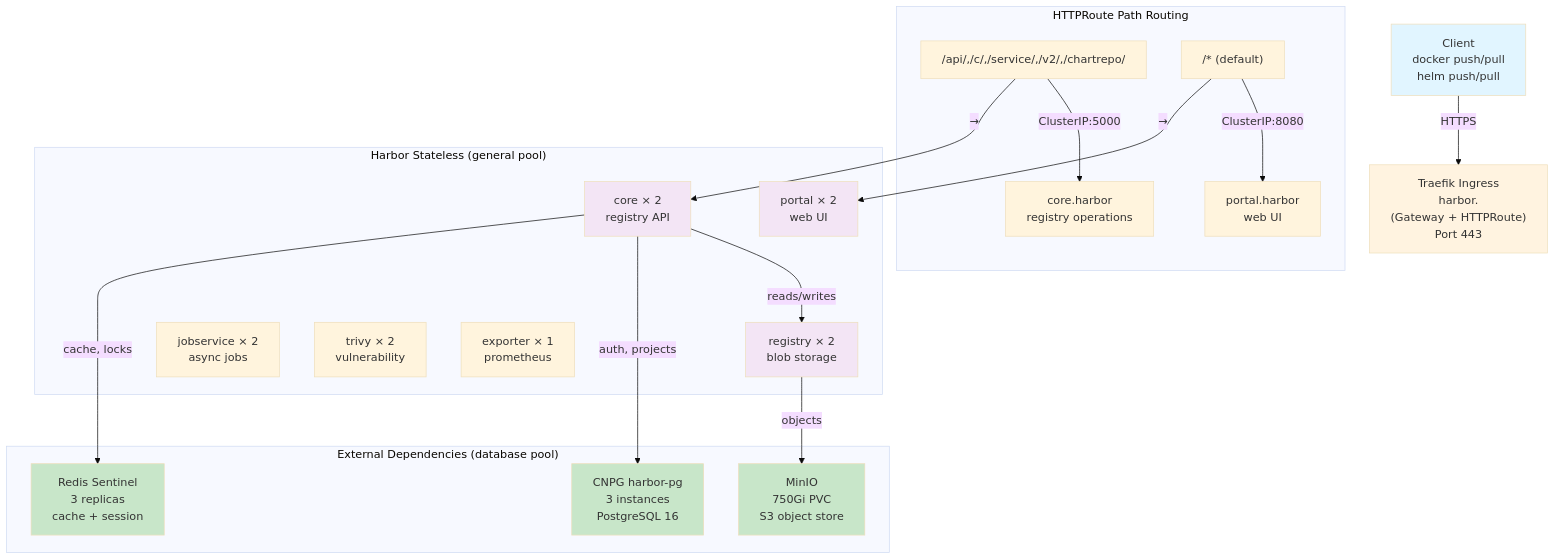
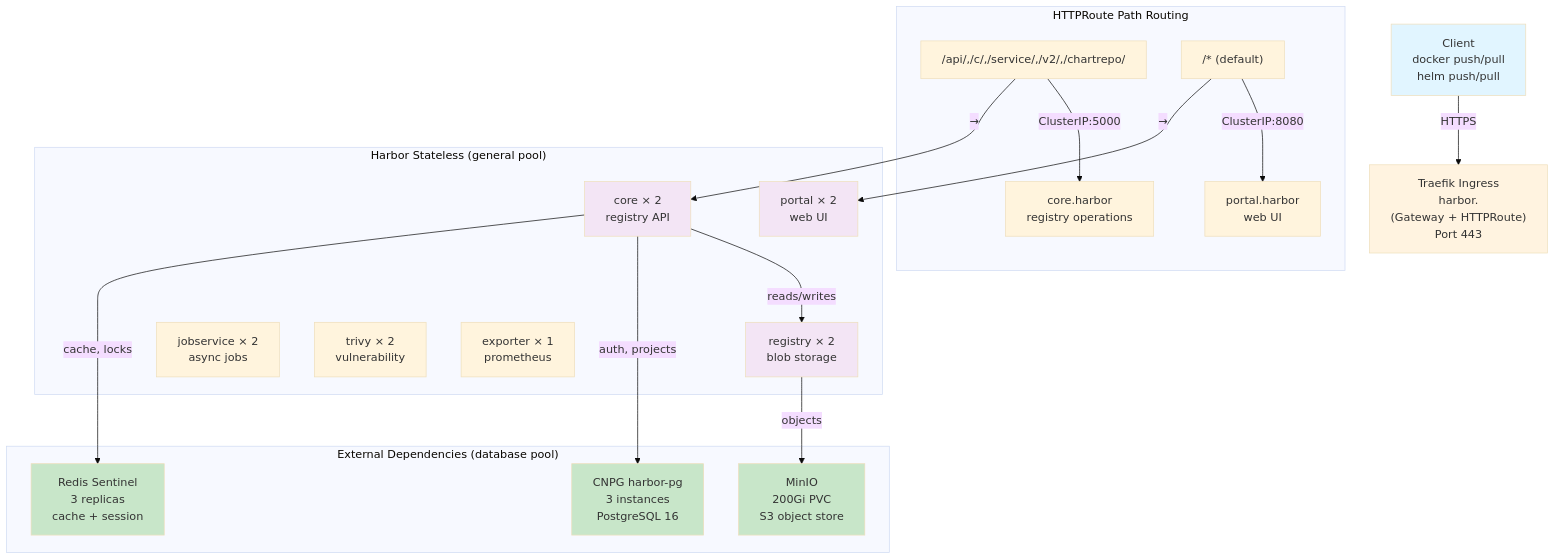
Before and after one commit to derhornspieler/harvester-rke2-platform: the first of 2 diagrams in services/harbor/README.md, drawn with Mermaid (base theme). The commit also changed other lines of this file and 50 other files, not shown here.

````diff
--- a/services/harbor/README.md
+++ b/services/harbor/README.md
@@ -36,44 +36,44 @@
 ```mermaid
 graph TB
     Client["Client<br/>docker push/pull<br/>helm push/pull"]
     Traefik["Traefik Ingress<br/>harbor.<DOMAIN><br/>(Gateway + HTTPRoute)<br/>Port 443"]
 
     subgraph "HTTPRoute Path Routing"
         PathAPI["/api/,/c/,/service/,/v2/,/chartrepo/"]
         PathUI["/* (default)"]
         PathAPI -->|ClusterIP:5000| CoreSvc["core.harbor<br/>registry operations"]
         PathUI -->|ClusterIP:8080| PortalSvc["portal.harbor<br/>web UI"]
     end
 
     subgraph "Harbor Stateless (general pool)"
         Core["core × 2<br/>registry API"]
         Portal["portal × 2<br/>web UI"]
         Registry["registry × 2<br/>blob storage"]
         JobService["jobservice × 2<br/>async jobs"]
         Trivy["trivy × 2<br/>vulnerability"]
         Exporter["exporter × 1<br/>prometheus"]
     end
 
     subgraph "External Dependencies (database pool)"
         CNPG["CNPG harbor-pg<br/>3 instances<br/>PostgreSQL 16"]
         RedisSentinel["Redis Sentinel<br/>3 replicas<br/>cache + session"]
-        MinIO["MinIO<br/>750Gi PVC<br/>S3 object store"]
+        MinIO["MinIO<br/>200Gi PVC<br/>S3 object store"]
     end
 
     Client -->|HTTPS| Traefik
     PathAPI -->|→| Core
     PathUI -->|→| Portal
     Core -->|reads/writes| Registry
     Registry -->|objects| MinIO
     Core -->|auth, projects| CNPG
     Core -->|cache, locks| RedisSentinel
 
     style Client fill:#e1f5ff
     style Traefik fill:#fff3e0
     style Core fill:#f3e5f5
     style Portal fill:#f3e5f5
     style Registry fill:#f3e5f5
     style CNPG fill:#c8e6c9
     style RedisSentinel fill:#c8e6c9
     style MinIO fill:#c8e6c9
 ```
````
